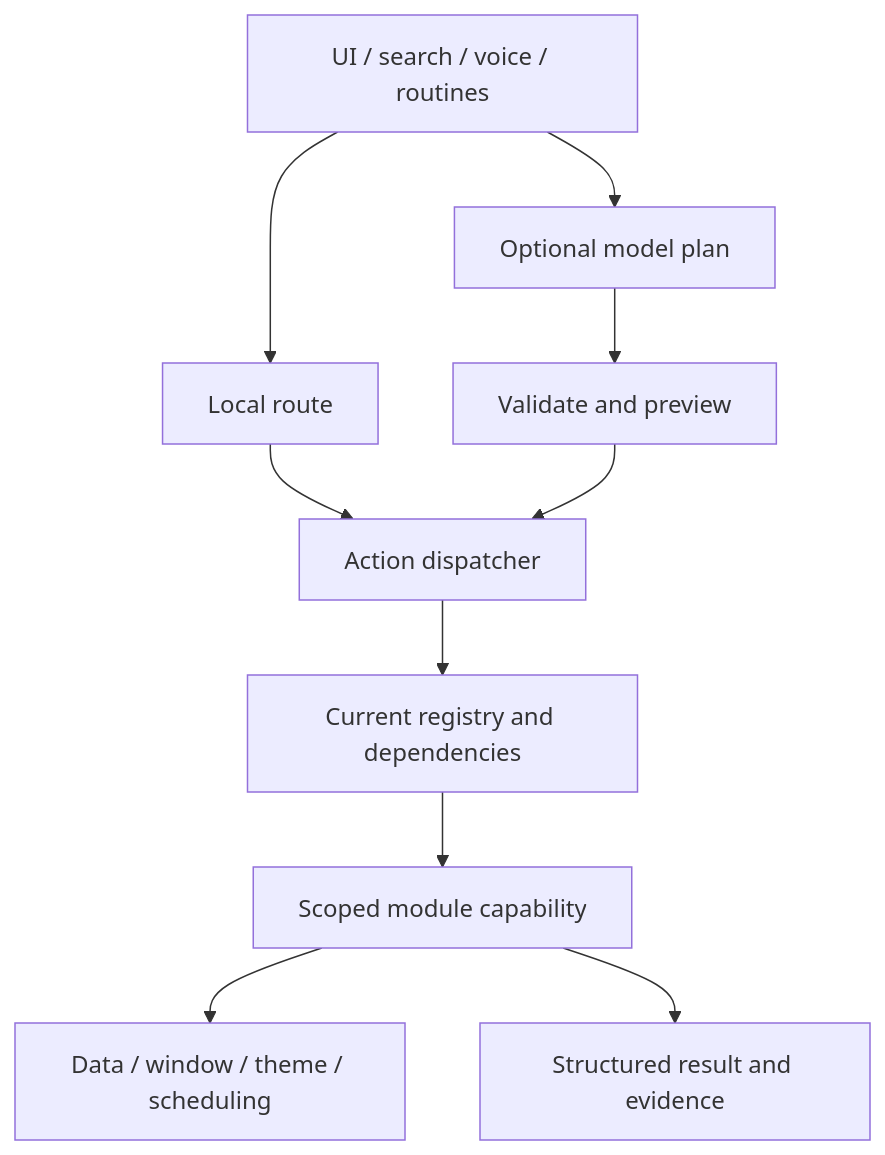
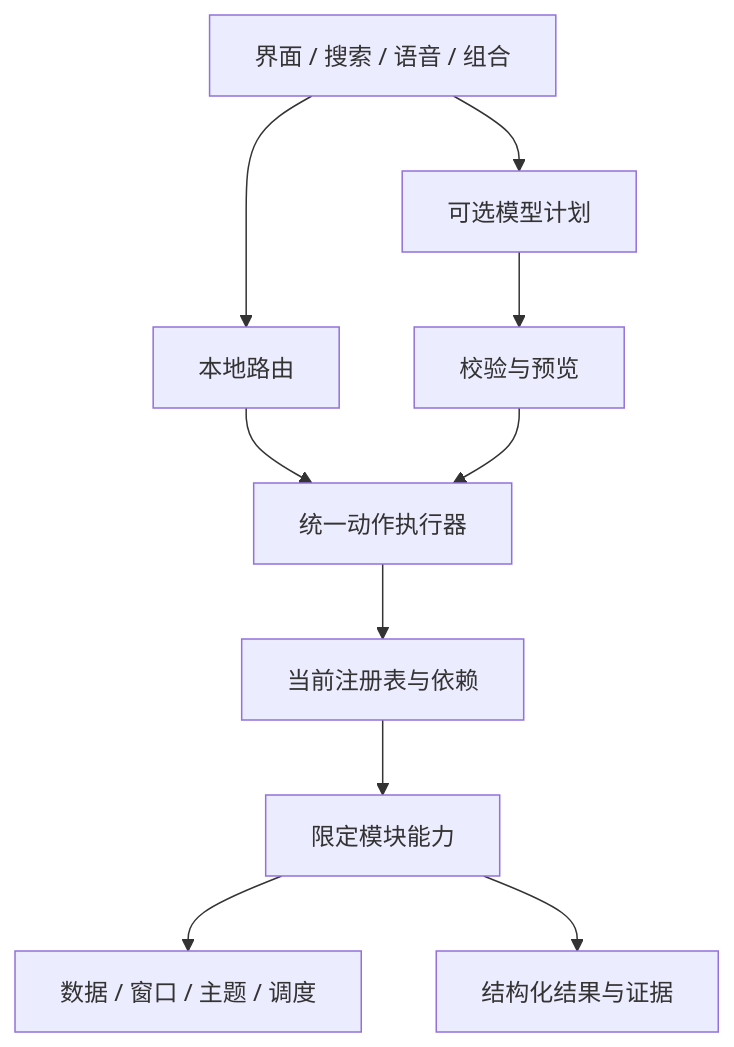
Before and after one commit to LeoLi006/leo-desktop: the diagram in src/Architecture/README.md, drawn with Mermaid. The commit also changed other lines of this file and 26 other files, not shown here.

````diff
--- a/src/Architecture/README.md
+++ b/src/Architecture/README.md
@@ -10,12 +11,12 @@
 ```mermaid
 flowchart TD
-  Entry[UI / search / voice / routines] --> Route[Local route]
-  Entry --> Brain[Optional model plan]
-  Brain --> Confirm[Validate and preview]
-  Route --> Execute[Action dispatcher]
+  Entry[界面 / 搜索 / 语音 / 组合] --> Route[本地路由]
+  Entry --> Brain[可选模型计划]
+  Brain --> Confirm[校验与预览]
+  Route --> Execute[统一动作执行器]
   Confirm --> Execute
-  Execute --> Registry[Current registry and dependencies]
-  Registry --> Module[Scoped module capability]
-  Module --> Services[Data / window / theme / scheduling]
-  Module --> Result[Structured result and evidence]
+  Execute --> Registry[当前注册表与依赖]
+  Registry --> Module[限定模块能力]
+  Module --> Services[数据 / 窗口 / 主题 / 调度]
+  Module --> Result[结构化结果与证据]
 ```
````
